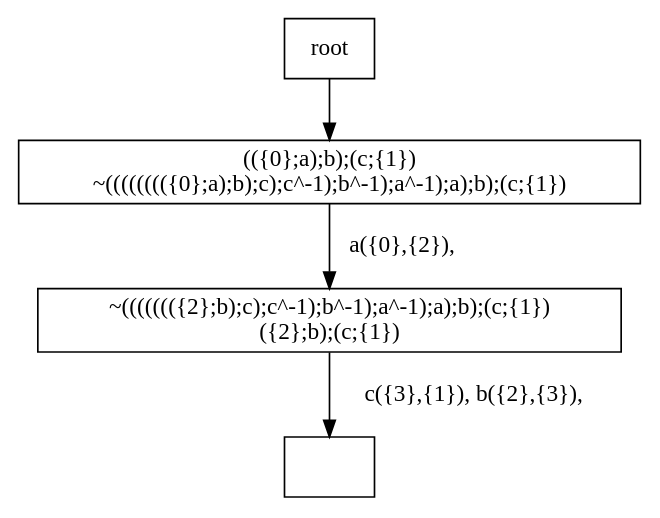
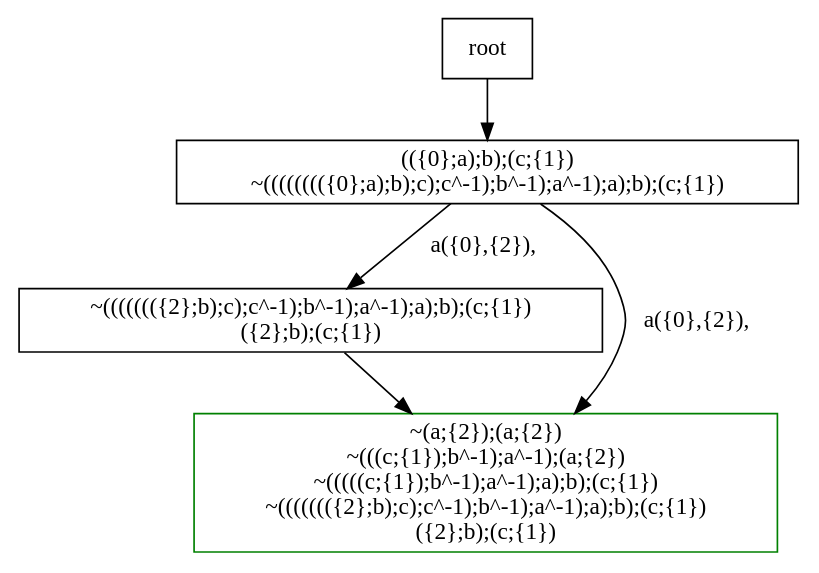
The diagram in output/regular.dot (jangreen/rat), drawn with Graphviz before and after one commit. The commit also changed 5 other files, not shown here.

```diff
--- a/output/regular.dot
+++ b/output/regular.dot
@@ -1,15 +1,22 @@
 digraph {
 node[shape="box"]
-N0x158636800[label="(({0};a);b);(c;{1})
+N0x1218049c0[label="(({0};a);b);(c;{1})
 ~(((((((({0};a);b);c);c^-1);b^-1);a^-1);a);b);(c;{1})
 "];
-N0x158636800 -> N0x158640e70[label="a({0},{2}), 
+N0x1218049c0 -> N0x121809680[label="a({0},{2}), 
 "];
-N0x158640e70[label="~((((((({2};b);c);c^-1);b^-1);a^-1);a);b);(c;{1})
+N0x1218049c0 -> N0x120715540[label="a({0},{2}), 
+"];
+N0x121809680[label="~((((((({2};b);c);c^-1);b^-1);a^-1);a);b);(c;{1})
 ({2};b);(c;{1})
 "];
-N0x158640e70 -> N0x1586490d0[label="c({3},{1}), b({2},{3}), 
+N0x121809680 -> N0x120715540[label="
 "];
-N0x1586490d0[label=""];
-root -> N0x158636800;
+N0x120715540[label="~(a;{2});(a;{2})
+~(((c;{1});b^-1);a^-1);(a;{2})
+~(((((c;{1});b^-1);a^-1);a);b);(c;{1})
+~((((((({2};b);c);c^-1);b^-1);a^-1);a);b);(c;{1})
+({2};b);(c;{1})
+", color=green];
+root -> N0x1218049c0;
 }
```
